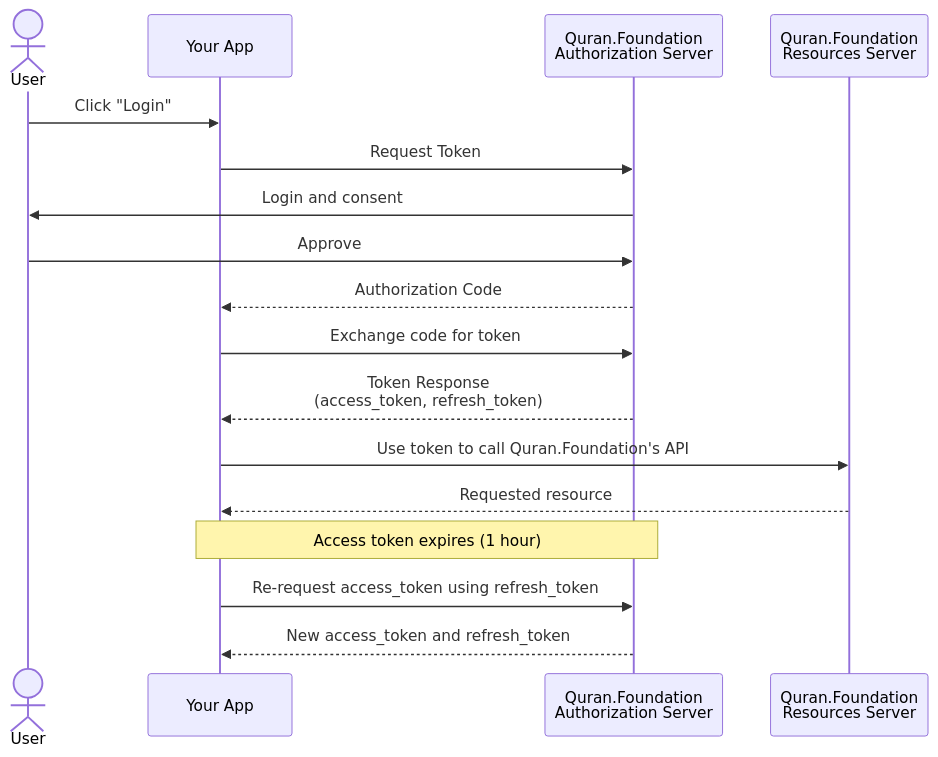
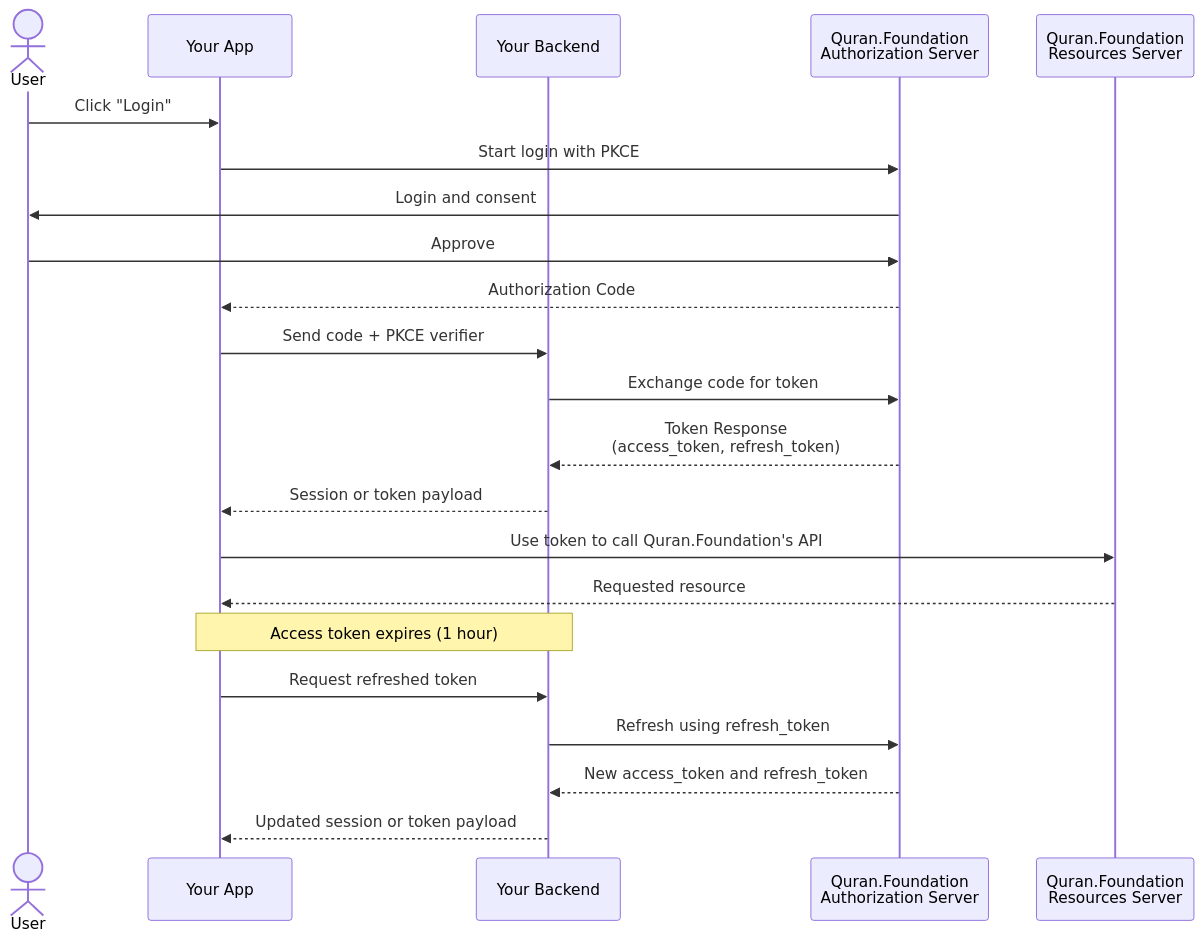
Before and after one commit to quran/qf-api-docs: the third of 3 diagrams in docs/tutorials/oidc/getting-started-with-oauth2.mdx, drawn with Mermaid. The commit also changed other lines of this file and 3 other files, not shown here.

````diff
--- a/docs/tutorials/oidc/getting-started-with-oauth2.mdx
+++ b/docs/tutorials/oidc/getting-started-with-oauth2.mdx
@@ -185,23 +185,28 @@
 ```mermaid
 sequenceDiagram
     actor User
     participant App as Your App
+    participant Backend as Your Backend
     participant Auth as Quran.Foundation<br/>Authorization Server
     participant API as Quran.Foundation<br/>Resources Server
 
     User->>App: Click "Login"
-    App->>Auth: Request Token
+    App->>Auth: Start login with PKCE
     Auth->>User: Login and consent
     User->>Auth: Approve
     Auth-->>App: Authorization Code
-    App->>Auth: Exchange code for token
-    Auth-->>App: Token Response<br/>(access_token, refresh_token)
+    App->>Backend: Send code + PKCE verifier
+    Backend->>Auth: Exchange code for token
+    Auth-->>Backend: Token Response<br/>(access_token, refresh_token)
+    Backend-->>App: Session or token payload
 
     App->>API: Use token to call Quran.Foundation's API
     API-->>App: Requested resource
 
-    Note over App,Auth: Access token expires (1 hour)
+    Note over App,Backend: Access token expires (1 hour)
 
-    App->>Auth: Re-request access_token using refresh_token
-    Auth-->>App: New access_token and refresh_token
+    App->>Backend: Request refreshed token
+    Backend->>Auth: Refresh using refresh_token
+    Auth-->>Backend: New access_token and refresh_token
+    Backend-->>App: Updated session or token payload
 ```
````
